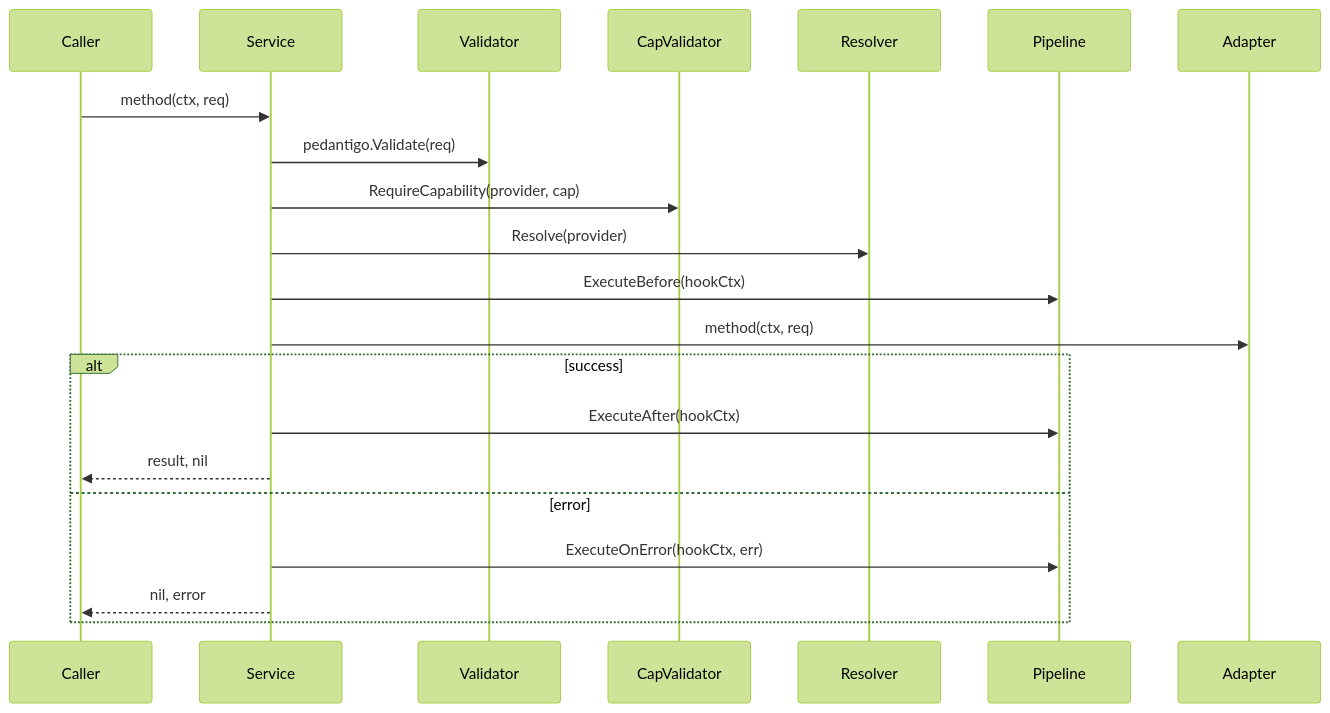
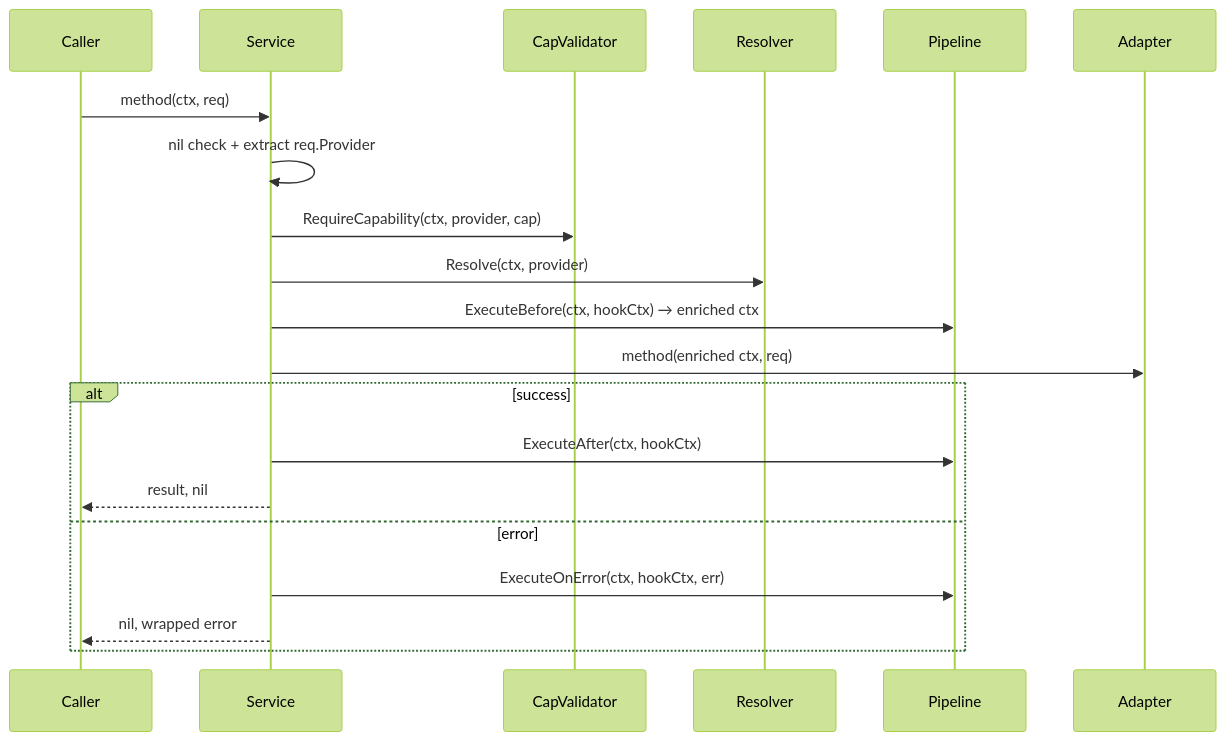
The second of 5 diagrams in DESIGN.md (Bytonomics/multipay-india), drawn with Mermaid (forest theme) before and after one commit. The commit also changed other lines of this file and 2 other files, not shown here.

First line of the commit message:
docs: sync DESIGN.md with current architecture and add AGENTS.md

````diff
--- a/DESIGN.md
+++ b/DESIGN.md
@@ -34,16 +34,16 @@
 ```mermaid
 sequenceDiagram
     Caller->>Service: method(ctx, req)
-    Service->>Validator: pedantigo.Validate(req)
-    Service->>CapValidator: RequireCapability(provider, cap)
-    Service->>Resolver: Resolve(provider)
-    Service->>Pipeline: ExecuteBefore(hookCtx)
-    Service->>Adapter: method(ctx, req)
+    Service->>Service: nil check + extract req.Provider
+    Service->>CapValidator: RequireCapability(ctx, provider, cap)
+    Service->>Resolver: Resolve(ctx, provider)
+    Service->>Pipeline: ExecuteBefore(ctx, hookCtx) → enriched ctx
+    Service->>Adapter: method(enriched ctx, req)
     alt success
-        Service->>Pipeline: ExecuteAfter(hookCtx)
+        Service->>Pipeline: ExecuteAfter(ctx, hookCtx)
         Service-->>Caller: result, nil
     else error
-        Service->>Pipeline: ExecuteOnError(hookCtx, err)
-        Service-->>Caller: nil, error
+        Service->>Pipeline: ExecuteOnError(ctx, hookCtx, err)
+        Service-->>Caller: nil, wrapped error
     end
 ```
````
